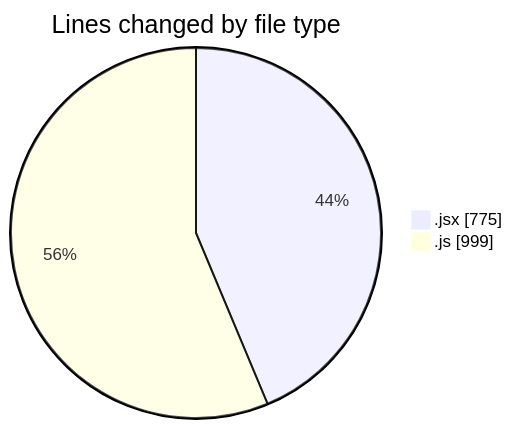
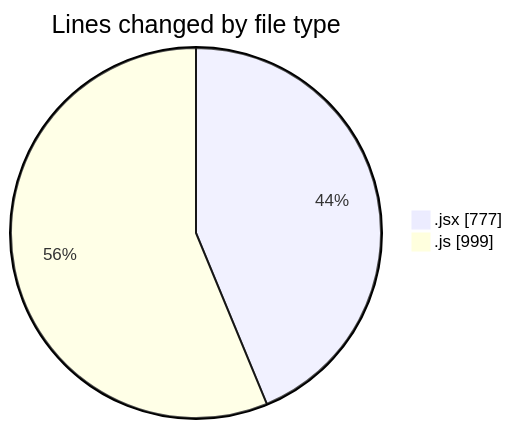
One commit to nxtqubesakshisongat/code-tracking changed the first of 2 diagrams in 2025-07-25/nxtqube_webapp/README.md. Above: the diagram before and after it, drawn with Mermaid. The commit also changed other lines of this file and 1 other file, not shown here.

````diff
--- a/2025-07-25/nxtqube_webapp/README.md
+++ b/2025-07-25/nxtqube_webapp/README.md
@@ -26,6 +26,6 @@
 ```mermaid
 pie showData
 title Lines changed by file type
-".jsx" : 775
+".jsx" : 777
 ".js" : 999
 ```
````
